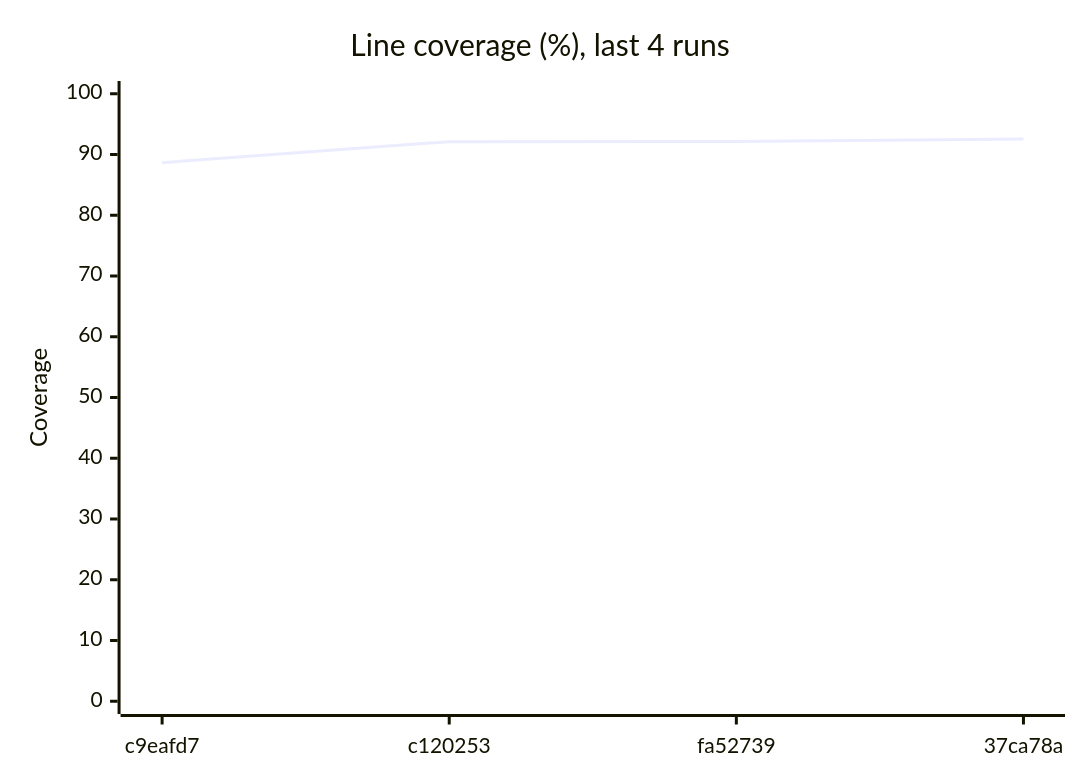
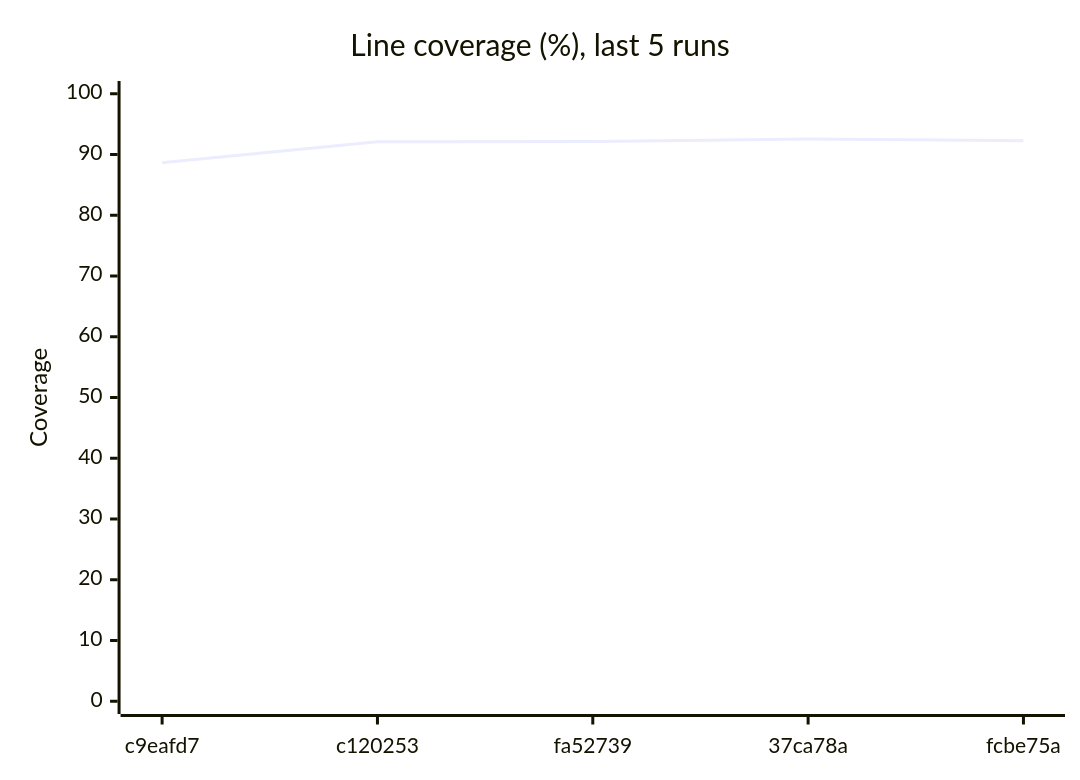
The third of 3 diagrams in reports/summary.md (Shirojoufu/Flaky-Tests), drawn with Mermaid before and after one commit. The commit also changed other lines of this file and 6 other files, not shown here.

````diff
--- a/reports/summary.md
+++ b/reports/summary.md
@@ -33,7 +33,7 @@
 ```mermaid
 xychart-beta
-    title "Line coverage (%), last 4 runs"
-    x-axis ["c9eafd7", "c120253", "fa52739", "37ca78a"]
+    title "Line coverage (%), last 5 runs"
+    x-axis ["c9eafd7", "c120253", "fa52739", "37ca78a", "fcbe75a"]
     y-axis "Coverage" 0 --> 100
-    line [88.65, 92.11, 92.13, 92.54]
+    line [88.65, 92.11, 92.13, 92.54, 92.26]
 ```
````
